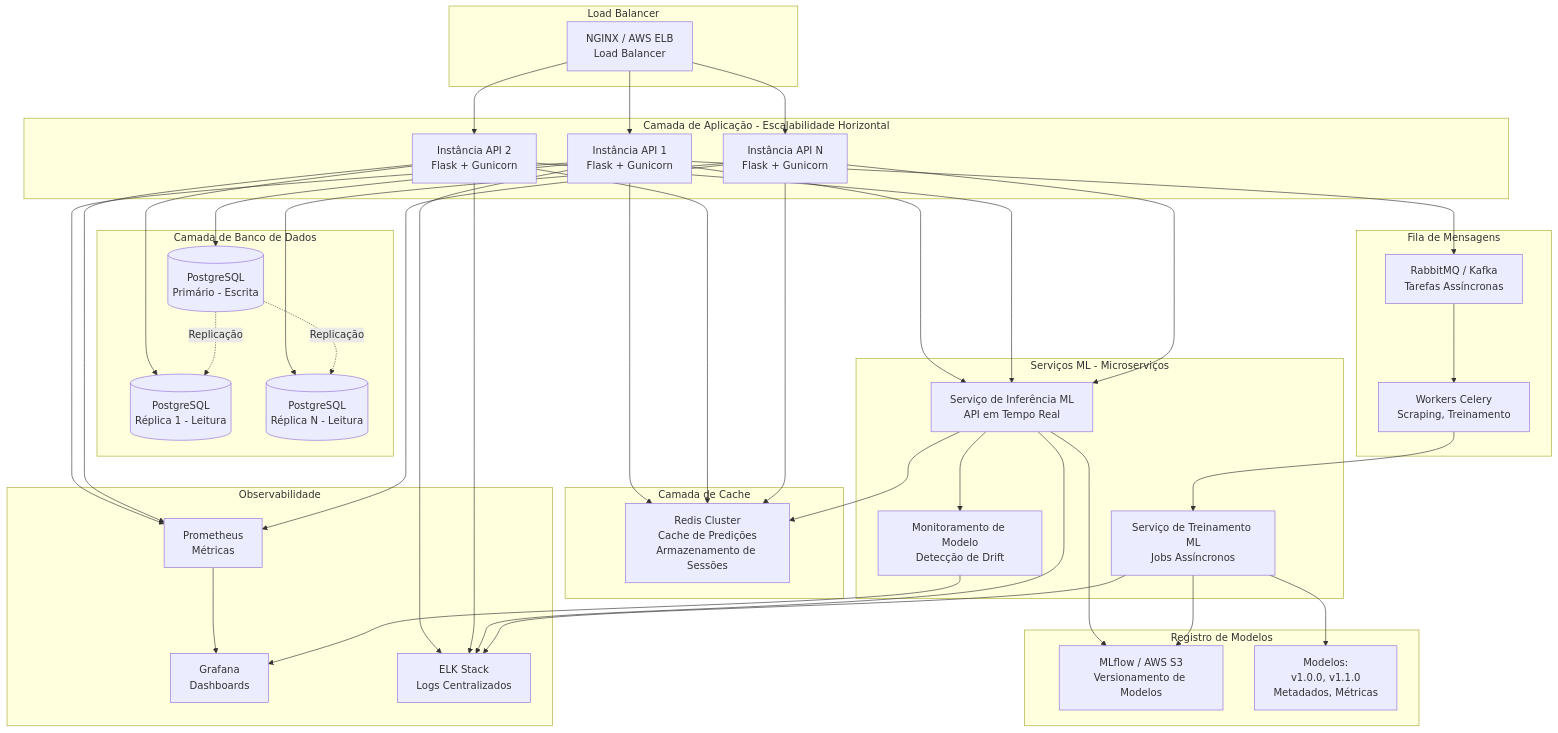
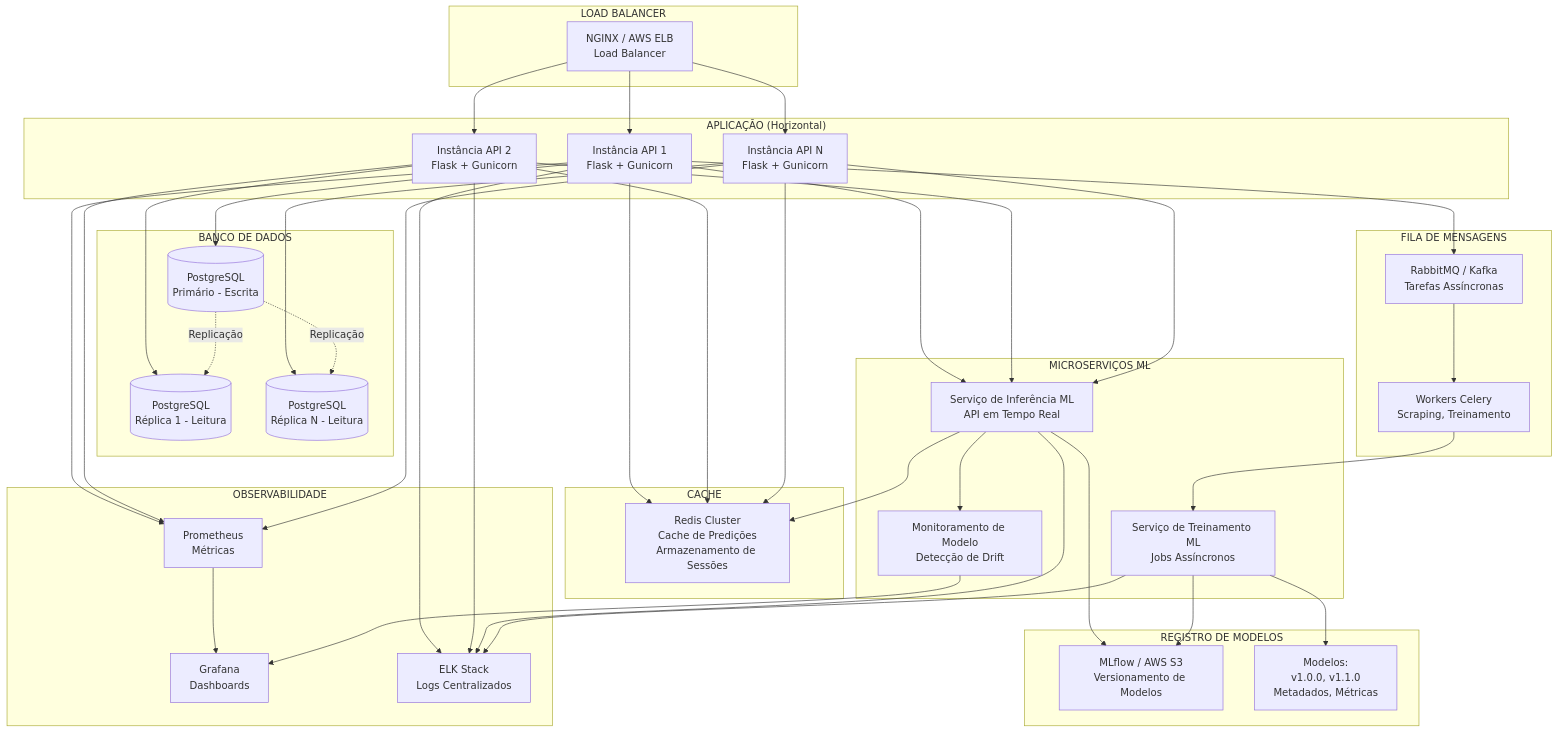
Before and after one commit to going-merry-fiap-mle/fase-1: the fourth of 6 diagrams in docs/architecture-diagrams.md, drawn with Mermaid. The commit also changed other lines of this file and 14 other files, not shown here.

````diff
--- a/docs/architecture-diagrams.md
+++ b/docs/architecture-diagrams.md
@@ -247,43 +247,43 @@
 ```mermaid
 graph TB
-    subgraph "Load Balancer"
+    subgraph "LOAD BALANCER"
         LB[NGINX / AWS ELB<br/>Load Balancer]
     end
 
-    subgraph "Camada de Aplicação - Escalabilidade Horizontal"
+    subgraph "APLICAÇÃO (Horizontal)"
         API1[Instância API 1<br/>Flask + Gunicorn]
         API2[Instância API 2<br/>Flask + Gunicorn]
         API3[Instância API N<br/>Flask + Gunicorn]
     end
 
-    subgraph "Camada de Banco de Dados"
+    subgraph "BANCO DE DADOS"
         PG_Primary[(PostgreSQL<br/>Primário - Escrita)]
         PG_Replica1[(PostgreSQL<br/>Réplica 1 - Leitura)]
         PG_Replica2[(PostgreSQL<br/>Réplica N - Leitura)]
     end
 
-    subgraph "Camada de Cache"
+    subgraph "CACHE"
         Redis[Redis Cluster<br/>Cache de Predições<br/>Armazenamento de Sessões]
     end
 
-    subgraph "Serviços ML - Microserviços"
+    subgraph "MICROSERVIÇOS ML"
         MLTrain[Serviço de Treinamento ML<br/>Jobs Assíncronos]
         MLInference[Serviço de Inferência ML<br/>API em Tempo Real]
         MLMonitor[Monitoramento de Modelo<br/>Detecção de Drift]
     end
 
-    subgraph "Registro de Modelos"
+    subgraph "REGISTRO DE MODELOS"
         MLflow[MLflow / AWS S3<br/>Versionamento de Modelos]
         Models[Modelos:<br/>v1.0.0, v1.1.0<br/>Metadados, Métricas]
     end
 
-    subgraph "Observabilidade"
+    subgraph "OBSERVABILIDADE"
         Prometheus[Prometheus<br/>Métricas]
         Grafana[Grafana<br/>Dashboards]
         ELK[ELK Stack<br/>Logs Centralizados]
     end
 
-    subgraph "Fila de Mensagens"
+    subgraph "FILA DE MENSAGENS"
         RabbitMQ[RabbitMQ / Kafka<br/>Tarefas Assíncronas]
         Workers[Workers Celery<br/>Scraping, Treinamento]
     end
````
